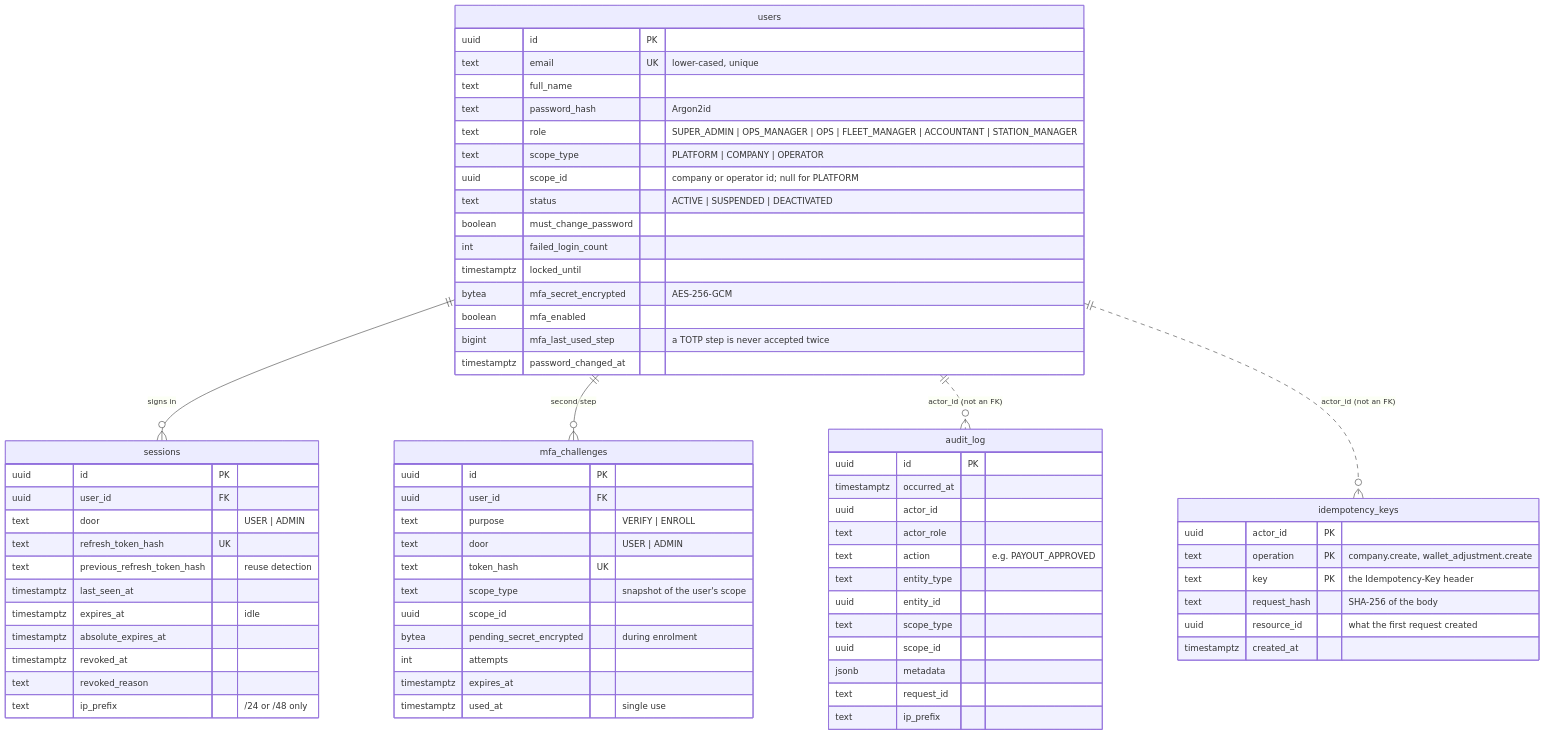
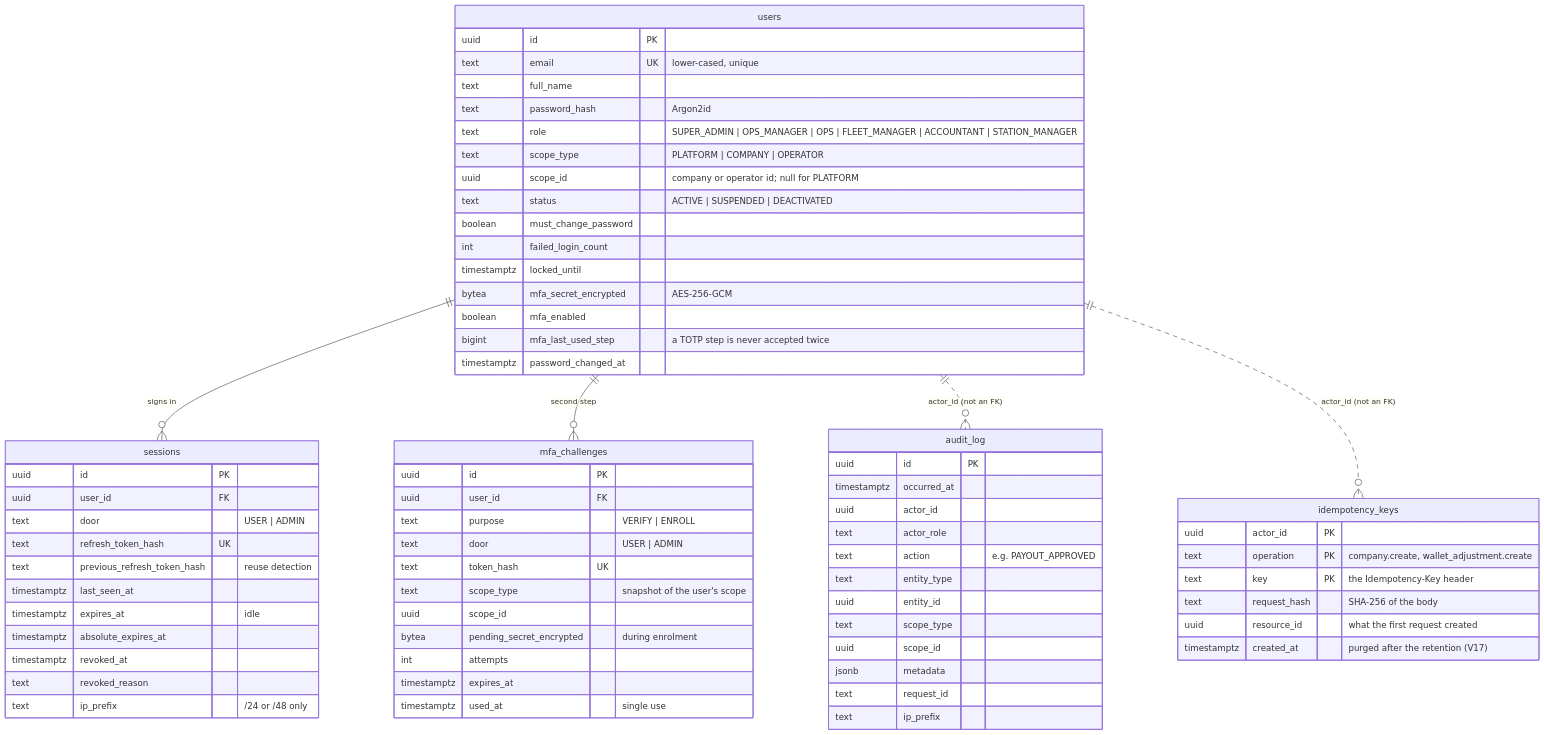
One commit to ahmed2003-code-py/zood changed the third of 11 diagrams in docs/architecture/database-erd.md. Above: the diagram before and after it, drawn with Mermaid. The commit also changed other lines of this file and 2 other files, not shown here.

First line of the commit message:
docs: V17 guards, mandatory adjustment key and key retention

````diff
--- a/docs/architecture/database-erd.md
+++ b/docs/architecture/database-erd.md
@@ -161,73 +161,73 @@
 ```mermaid
 erDiagram
     users ||--o{ sessions : "signs in"
     users ||--o{ mfa_challenges : "second step"
     users ||..o{ audit_log : "actor_id (not an FK)"
     users ||..o{ idempotency_keys : "actor_id (not an FK)"
 
     users {
         uuid id PK
         text email UK "lower-cased, unique"
         text full_name
         text password_hash "Argon2id"
         text role "SUPER_ADMIN | OPS_MANAGER | OPS | FLEET_MANAGER | ACCOUNTANT | STATION_MANAGER"
         text scope_type "PLATFORM | COMPANY | OPERATOR"
         uuid scope_id "company or operator id; null for PLATFORM"
         text status "ACTIVE | SUSPENDED | DEACTIVATED"
         boolean must_change_password
         int failed_login_count
         timestamptz locked_until
         bytea mfa_secret_encrypted "AES-256-GCM"
         boolean mfa_enabled
         bigint mfa_last_used_step "a TOTP step is never accepted twice"
         timestamptz password_changed_at
     }
     sessions {
         uuid id PK
         uuid user_id FK
         text door "USER | ADMIN"
         text refresh_token_hash UK
         text previous_refresh_token_hash "reuse detection"
         timestamptz last_seen_at
         timestamptz expires_at "idle"
         timestamptz absolute_expires_at
         timestamptz revoked_at
         text revoked_reason
         text ip_prefix "/24 or /48 only"
     }
     mfa_challenges {
         uuid id PK
         uuid user_id FK
         text purpose "VERIFY | ENROLL"
         text door "USER | ADMIN"
         text token_hash UK
         text scope_type "snapshot of the user's scope"
         uuid scope_id
         bytea pending_secret_encrypted "during enrolment"
         int attempts
         timestamptz expires_at
         timestamptz used_at "single use"
     }
     idempotency_keys {
         uuid actor_id PK
         text operation PK "company.create, wallet_adjustment.create"
         text key PK "the Idempotency-Key header"
         text request_hash "SHA-256 of the body"
         uuid resource_id "what the first request created"
-        timestamptz created_at
+        timestamptz created_at "purged after the retention (V17)"
     }
     audit_log {
         uuid id PK
         timestamptz occurred_at
         uuid actor_id
         text actor_role
         text action "e.g. PAYOUT_APPROVED"
         text entity_type
         uuid entity_id
         text scope_type
         uuid scope_id
         jsonb metadata
         text request_id
         text ip_prefix
     }
 ```
````
